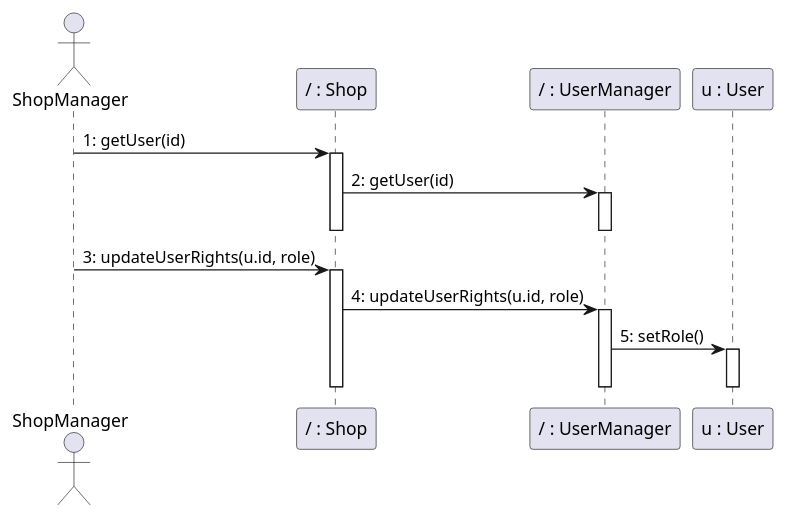
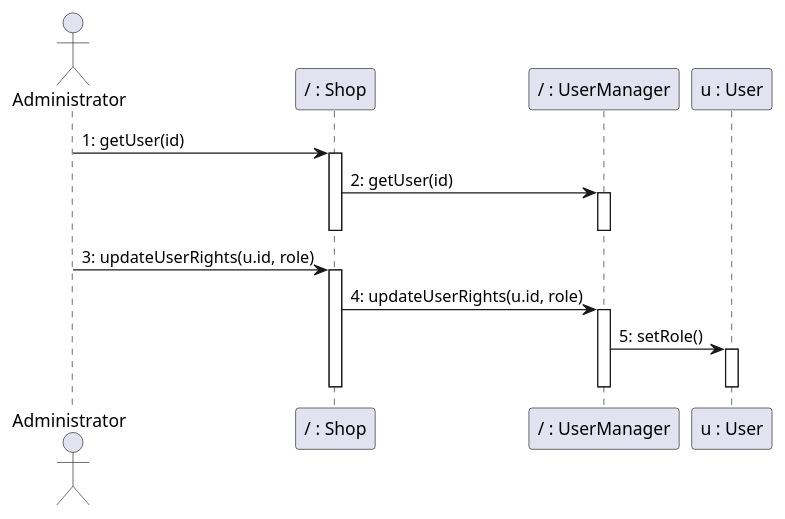
The tenth of 24 diagrams in Deliverables/DesignDocument.md (nicolabattaglino/ezshop), drawn with PlantUML before and after one commit. The commit also changed other lines of this file, not shown here.

Commit message:
Sequence diagrams

````diff
--- a/Deliverables/DesignDocument.md
+++ b/Deliverables/DesignDocument.md
@@ -724,26 +710,26 @@
 ```plantuml
 @startuml
-actor ShopManager
+actor Administrator
 participant "/ : Shop" as Shop
 participant "/ : UserManager" as UserManager
 participant "u : User" as User
 
-ShopManager -> Shop: 1: getUser(id)
+Administrator -> Shop: 1: getUser(id)
 activate Shop
 Shop -> UserManager: 2: getUser(id)
 activate UserManager
 deactivate UserManager
 deactivate Shop
 
-ShopManager -> Shop: 3: updateUserRights(u.id, role)
+Administrator -> Shop: 3: updateUserRights(u.id, role)
 activate Shop
 Shop -> UserManager: 4: updateUserRights(u.id, role)
 activate UserManager
 UserManager -> User: 5: setRole()
 activate User
 deactivate User
 deactivate UserManager
 deactivate Shop
 
 @enduml
 ```
````
